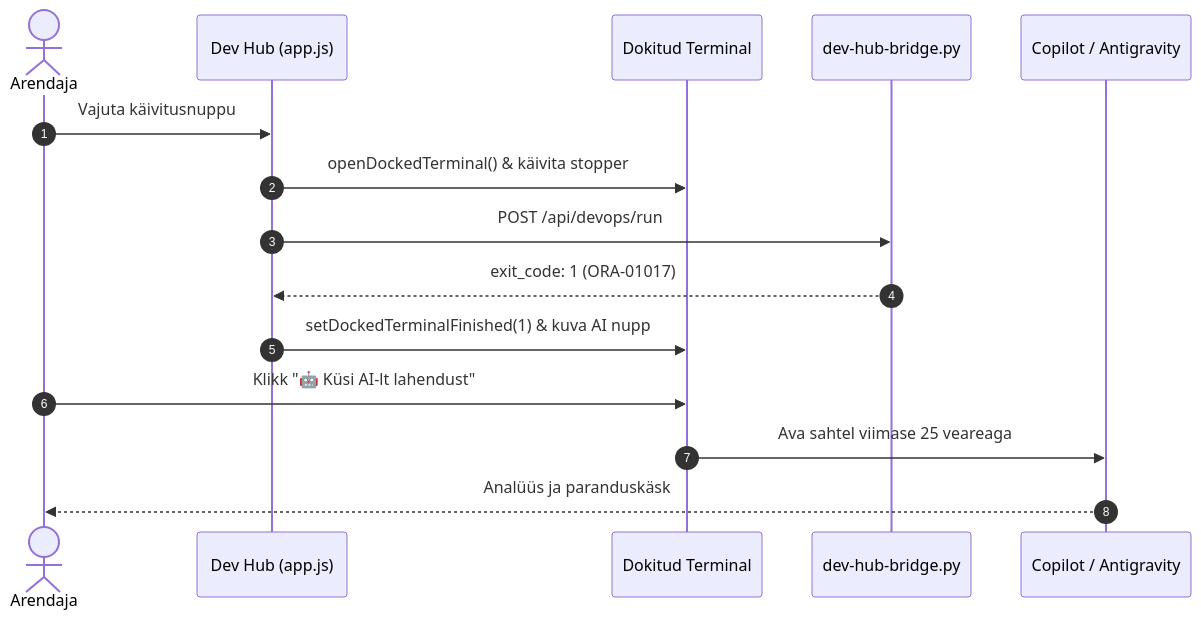
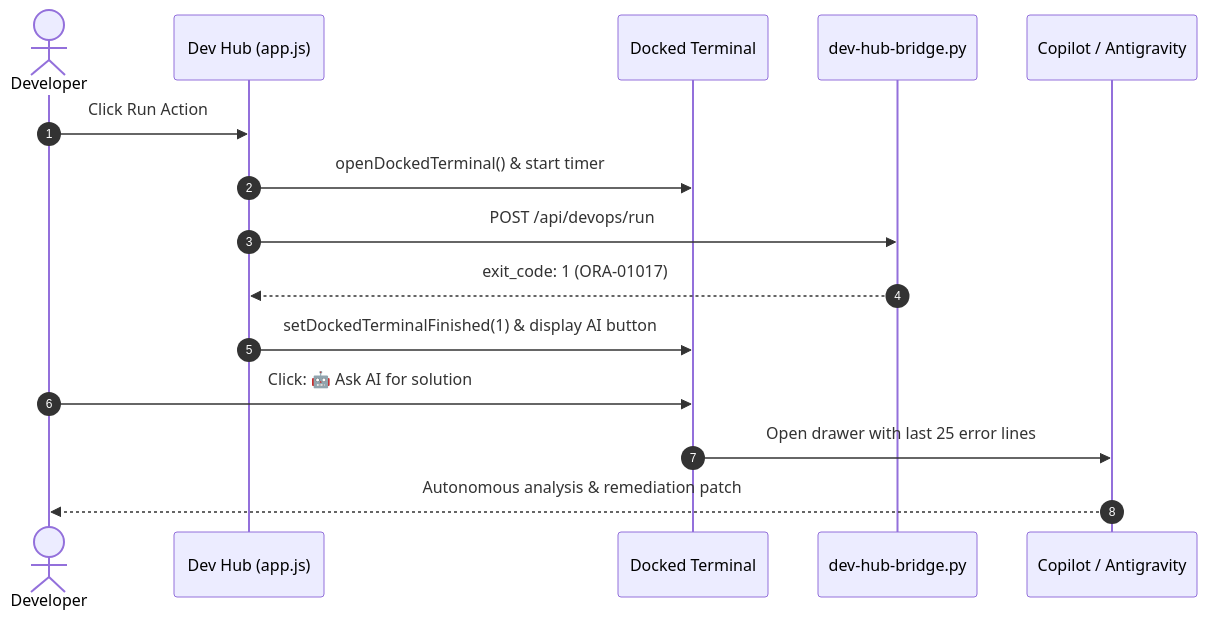
The second of 2 diagrams in docs/specs/devops-portal/design.md (alahe/oracle-devops-platform), drawn with Mermaid before and after one commit. The commit also changed other lines of this file and 289 other files, not shown here.

````diff
--- a/docs/specs/devops-portal/design.md
+++ b/docs/specs/devops-portal/design.md
@@ -76,18 +76,18 @@
 ```mermaid
 sequenceDiagram
     autonumber
-    actor Dev as Arendaja
+    actor Dev as Developer
     participant UI as Dev Hub (app.js)
-    participant Terminal as Dokitud Terminal
+    participant Terminal as Docked Terminal
     participant Bridge as dev-hub-bridge.py
     participant AI as Copilot / Antigravity
 
-    Dev->>UI: Vajuta käivitusnuppu
-    UI->>Terminal: openDockedTerminal() & käivita stopper
+    Dev->>UI: Click Run Action
+    UI->>Terminal: openDockedTerminal() & start timer
     UI->>Bridge: POST /api/devops/run
     Bridge-->>UI: exit_code: 1 (ORA-01017)
-    UI->>Terminal: setDockedTerminalFinished(1) & kuva AI nupp
-    Dev->>Terminal: Klikk "🤖 Küsi AI-lt lahendust"
-    Terminal->>AI: Ava sahtel viimase 25 veareaga
-    AI-->>Dev: Analüüs ja paranduskäsk
+    UI->>Terminal: setDockedTerminalFinished(1) & display AI button
+    Dev->>Terminal: Click: 🤖 Ask AI for solution
+    Terminal->>AI: Open drawer with last 25 error lines
+    AI-->>Dev: Autonomous analysis & remediation patch
 ```
````
